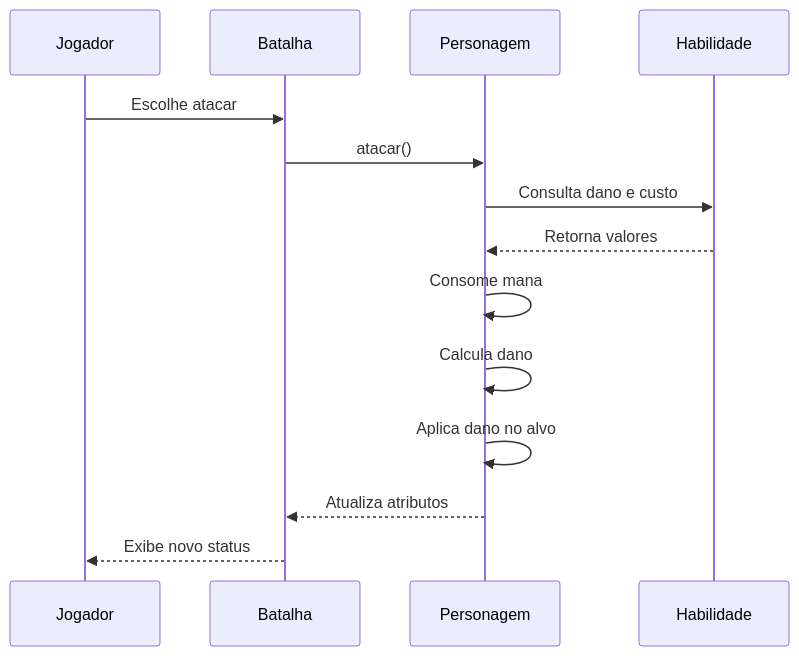
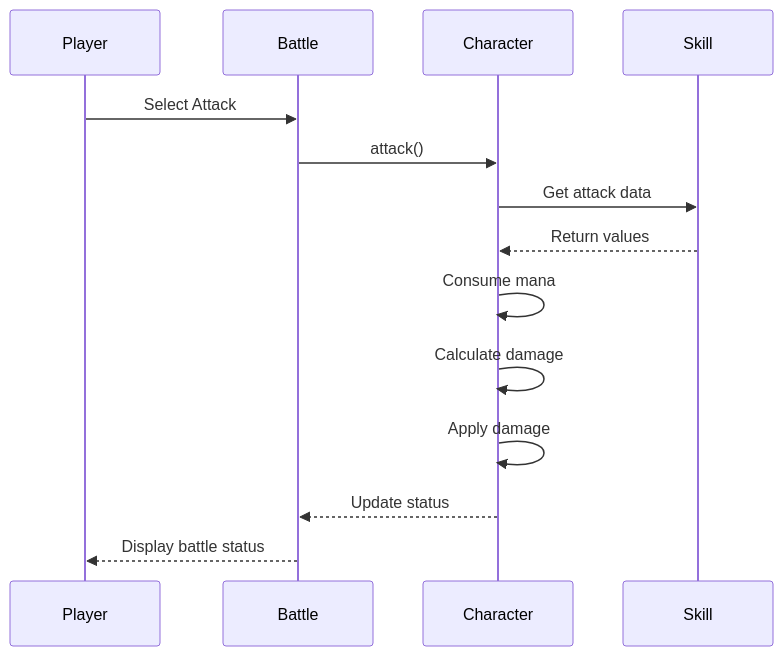
One commit to G4vi1/Turn-based-battle-game changed the third of 3 diagrams in README.md. Above: the diagram before and after it, drawn with Mermaid. The commit also changed other lines of this file, not shown here.

````diff
--- a/README.md
+++ b/README.md
@@ -103,18 +106,18 @@
 ```mermaid
 sequenceDiagram
 
-participant Jogador
-participant Batalha
-participant Personagem
-participant Habilidade
+participant Player
+participant Battle
+participant Character
+participant Skill
 
-Jogador->>Batalha: Escolhe atacar
-Batalha->>Personagem: atacar()
-Personagem->>Habilidade: Consulta dano e custo
-Habilidade-->>Personagem: Retorna valores
-Personagem->>Personagem: Consome mana
-Personagem->>Personagem: Calcula dano
-Personagem->>Personagem: Aplica dano no alvo
-Personagem-->>Batalha: Atualiza atributos
-Batalha-->>Jogador: Exibe novo status
+Player->>Battle: Select Attack
+Battle->>Character: attack()
+Character->>Skill: Get attack data
+Skill-->>Character: Return values
+Character->>Character: Consume mana
+Character->>Character: Calculate damage
+Character->>Character: Apply damage
+Character-->>Battle: Update status
+Battle-->>Player: Display battle status
 ```
````
